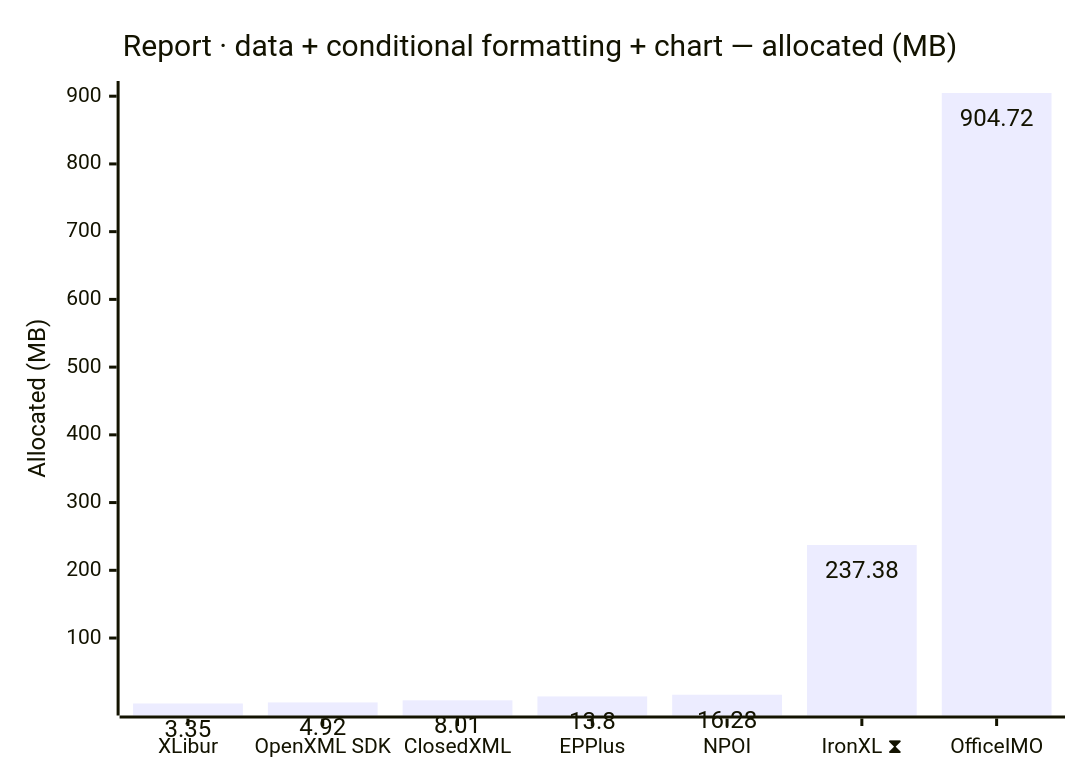
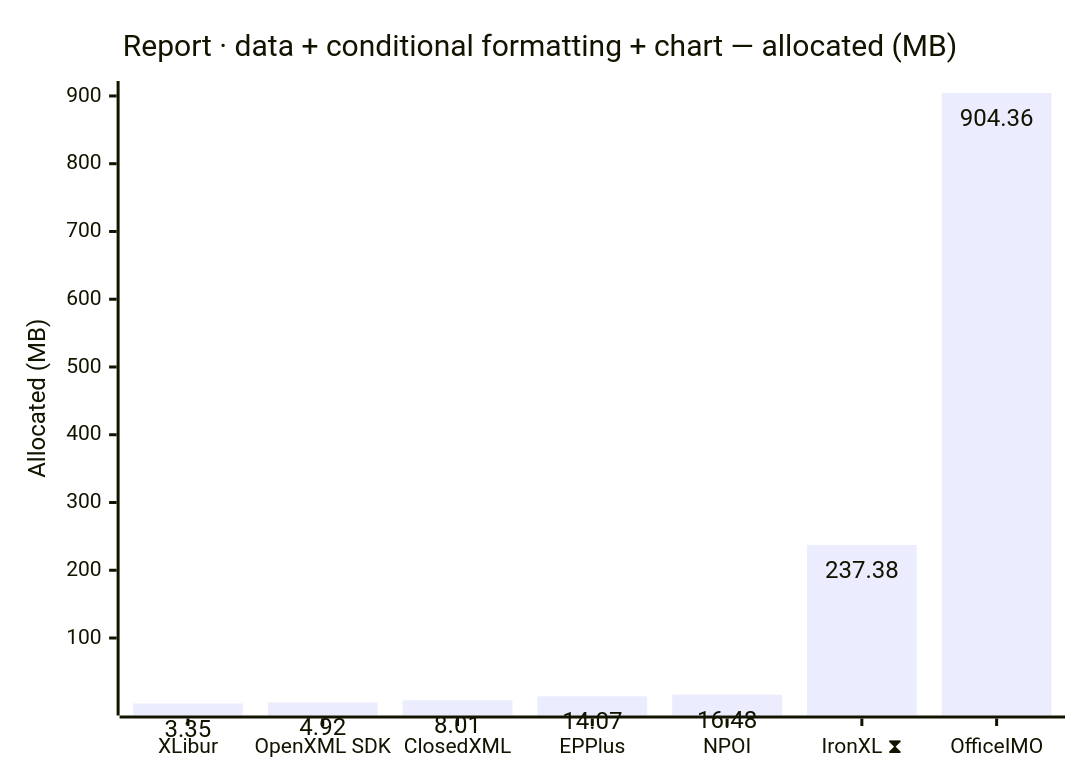
One commit to jafin/XLBench changed the eighth of 12 diagrams in docs/results-ci.md. Above: the diagram before and after it, drawn with Mermaid. The commit also changed other lines of this file, not shown here.

````diff
--- a/docs/results-ci.md
+++ b/docs/results-ci.md
@@ -134,12 +134,12 @@
 ```mermaid
 ---
 config:
   xyChart:
     showDataLabel: true
 ---
 xychart-beta
     title "Report · data + conditional formatting + chart — allocated (MB)"
     x-axis ["XLibur", "OpenXML SDK", "ClosedXML", "EPPlus", "NPOI", "IronXL ⧗", "OfficeIMO"]
     y-axis "Allocated (MB)"
-    bar [3.35, 4.92, 8.01, 13.8, 16.28, 237.38, 904.72]
+    bar [3.35, 4.92, 8.01, 14.07, 16.48, 237.38, 904.36]
 ```
````
